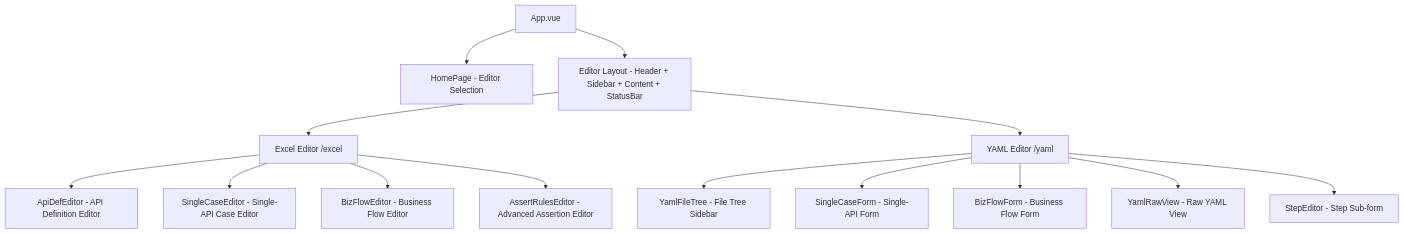
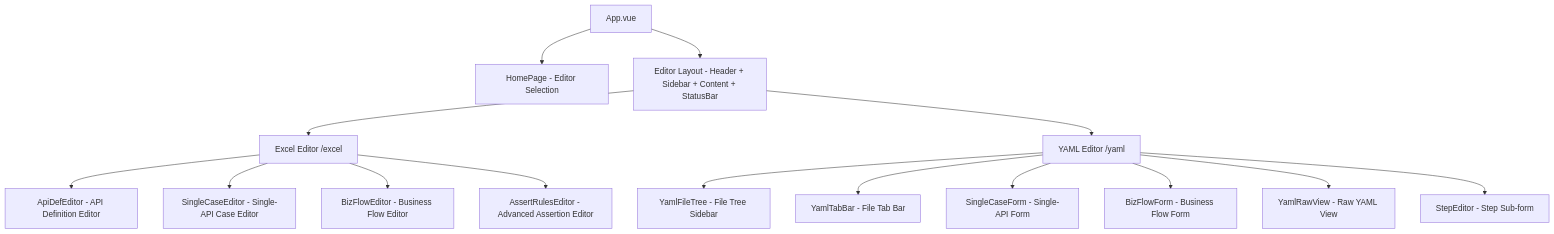
Before and after one commit to Remon-16/flow-forge: the first of 2 diagrams in case-editor/README.en.md, drawn with Mermaid. The commit also changed other lines of this file and 18 other files, not shown here.

````diff
--- a/case-editor/README.en.md
+++ b/case-editor/README.en.md
@@ -75,19 +76,20 @@
 ```mermaid
 graph TD
     App[App.vue] --> Home[HomePage - Editor Selection]
     App --> Layout[Editor Layout - Header + Sidebar + Content + StatusBar]
 
     Layout --> Excel[Excel Editor /excel]
     Layout --> YAML[YAML Editor /yaml]
 
     Excel --> ApiDefEditor[ApiDefEditor - API Definition Editor]
     Excel --> SingleCaseEditor[SingleCaseEditor - Single-API Case Editor]
     Excel --> BizFlowEditor[BizFlowEditor - Business Flow Editor]
     Excel --> AssertRulesEditor[AssertRulesEditor - Advanced Assertion Editor]
 
     YAML --> FileTree[YamlFileTree - File Tree Sidebar]
+    YAML --> TabBar[YamlTabBar - File Tab Bar]
     YAML --> SingleForm[SingleCaseForm - Single-API Form]
     YAML --> BizForm[BizFlowForm - Business Flow Form]
     YAML --> RawView[YamlRawView - Raw YAML View]
     YAML --> StepEditor[StepEditor - Step Sub-form]
 ```
````
